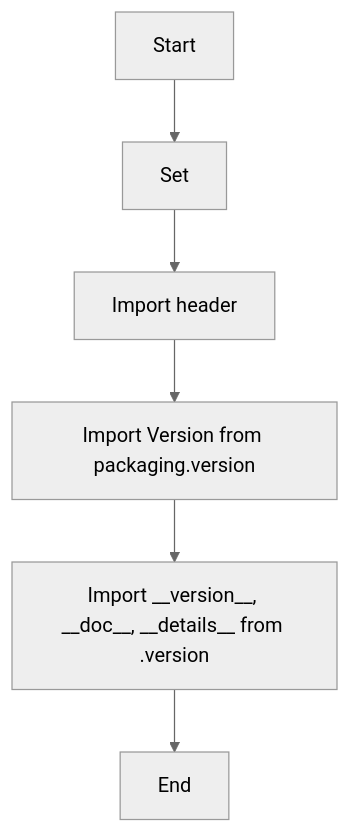
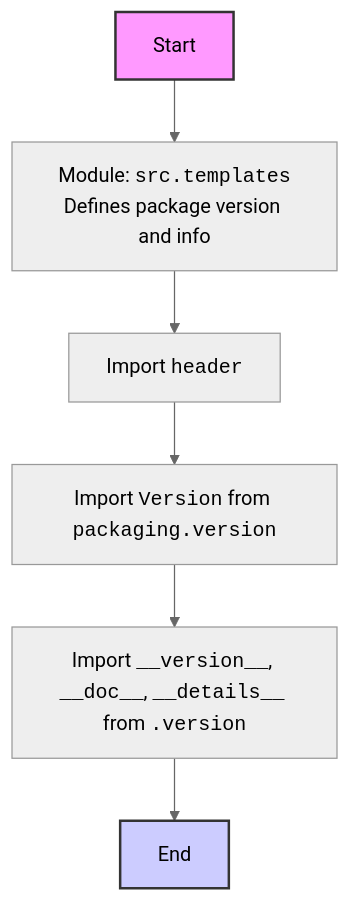
The first of 2 diagrams in docs/gemini/ru/explainer/src/templates/__init__.py.md (hypo69/hypo), drawn with Mermaid (neutral theme) before and after one commit. The commit also changed other lines of this file and 1505 other files, not shown here.

````diff
--- a/docs/gemini/ru/explainer/src/templates/__init__.py.md
+++ b/docs/gemini/ru/explainer/src/templates/__init__.py.md
@@ -32,8 +19,12 @@
 ```mermaid
 flowchart TD
-    Start --> SetMode[Set ]
-    SetMode --> ImportHeader[Import header]
-    ImportHeader --> ImportVersionClass[Import Version from packaging.version]
-    ImportVersionClass --> ImportVersionInfo[Import __version__, __doc__, __details__ from .version]
-    ImportVersionInfo --> End
+    Start --> ModuleDescription[Module: <code>src.templates</code><br>Defines package version and info]
+    ModuleDescription --> HeaderImport[Import <code>header</code>]
+    HeaderImport --> PackagingImport[Import <code>Version</code> from <code>packaging.version</code>]
+    PackagingImport --> LocalVersionImport[Import <code>__version__</code>, <code>__doc__</code>, <code>__details__</code> from <code>.version</code>]
+    LocalVersionImport --> End
+    
+    style Start fill:#f9f,stroke:#333,stroke-width:2px
+    style End fill:#ccf,stroke:#333,stroke-width:2px
+
 ```
````
